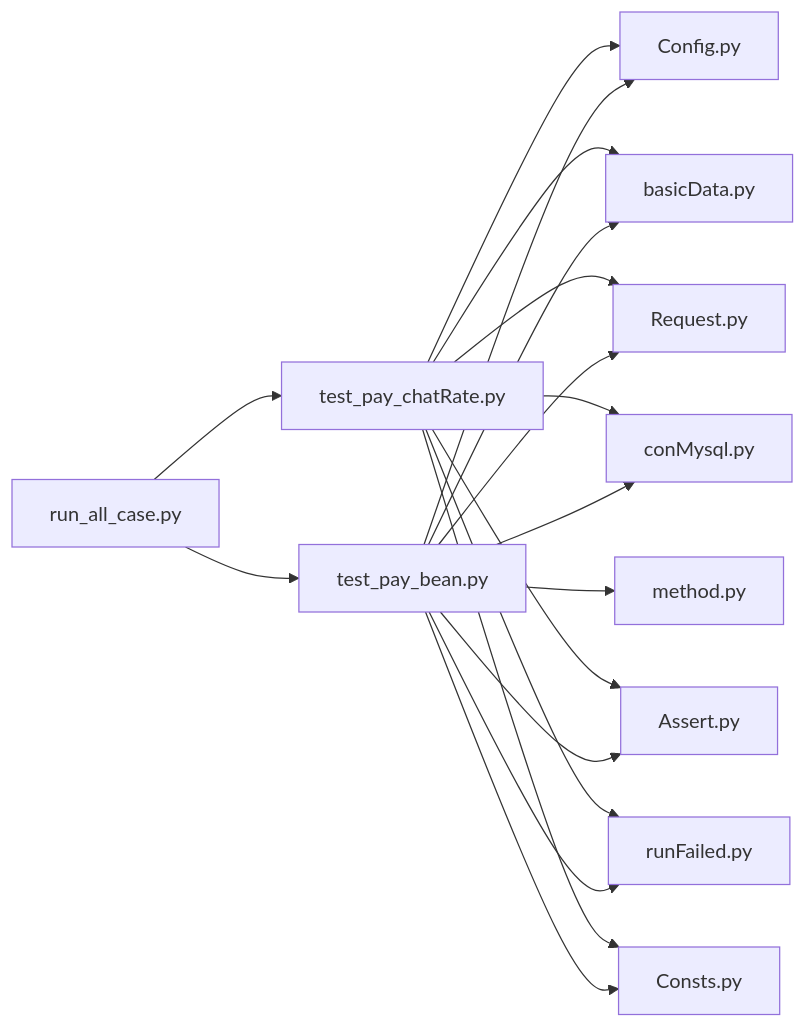
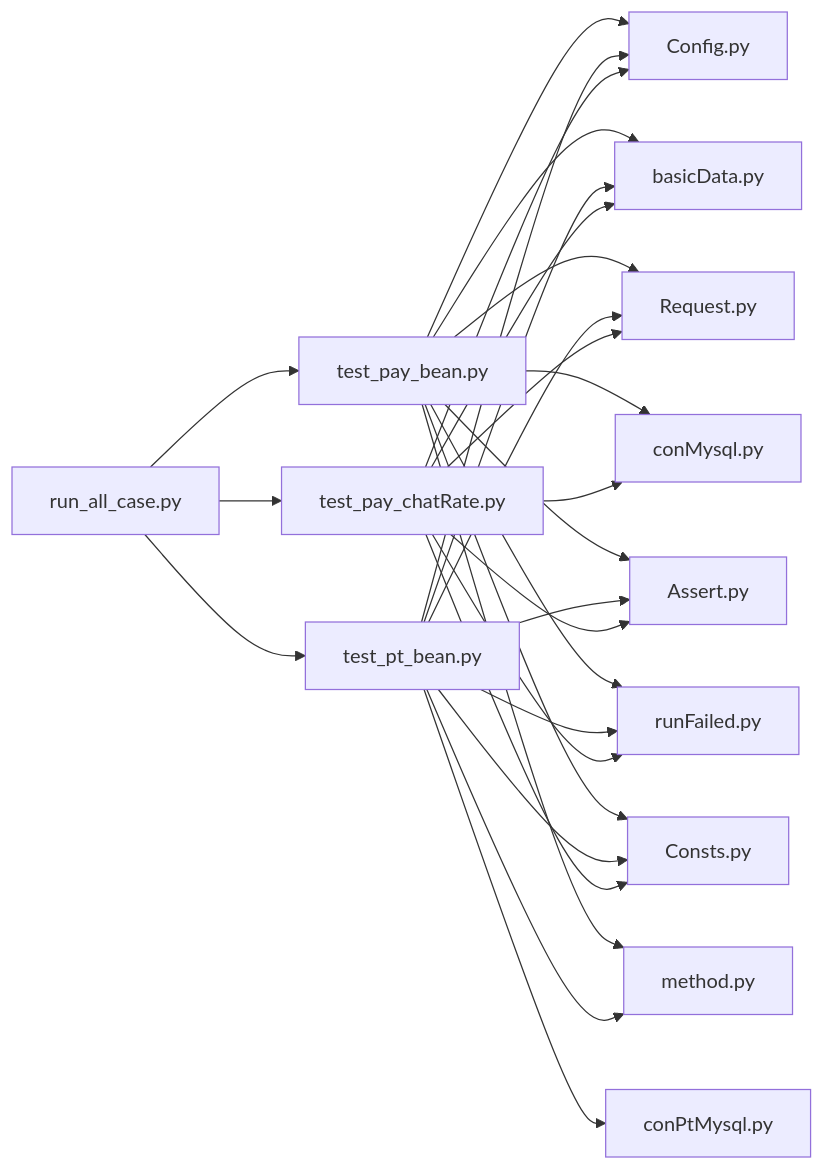
The sixth of 6 diagrams in .qoder/repowiki/zh/content/支付测试用例/金豆支付测试.md (liximing1-ola/qa-payTest), drawn with Mermaid before and after one commit. The commit also changed other lines of this file and 5 other files, not shown here.

````diff
--- a/.qoder/repowiki/zh/content/支付测试用例/金豆支付测试.md
+++ b/.qoder/repowiki/zh/content/支付测试用例/金豆支付测试.md
@@ -345,20 +423,29 @@
 ```mermaid
 graph LR
 TPB["test_pay_bean.py"] --> CFG["Config.py"]
 TPB --> BDATA["basicData.py"]
 TPB --> REQ["Request.py"]
 TPB --> DB["conMysql.py"]
 TPB --> ASS["Assert.py"]
 TPB --> RETRY["runFailed.py"]
 TPB --> CONST["Consts.py"]
 TPB --> METHOD["method.py"]
+TPB2["test_pt_bean.py"] --> CFG
+TPB2 --> BDATA
+TPB2 --> REQ
+TPB2 --> DBPT["conPtMysql.py"]
+TPB2 --> ASS
+TPB2 --> RETRY
+TPB2 --> CONST
+TPB2 --> METHOD
 TCP["test_pay_chatRate.py"] --> CFG
 TCP --> BDATA
 TCP --> REQ
 TCP --> DB
 TCP --> ASS
 TCP --> RETRY
 TCP --> CONST
 RUN["run_all_case.py"] --> TPB
+RUN --> TPB2
 RUN --> TCP
 ```
````
